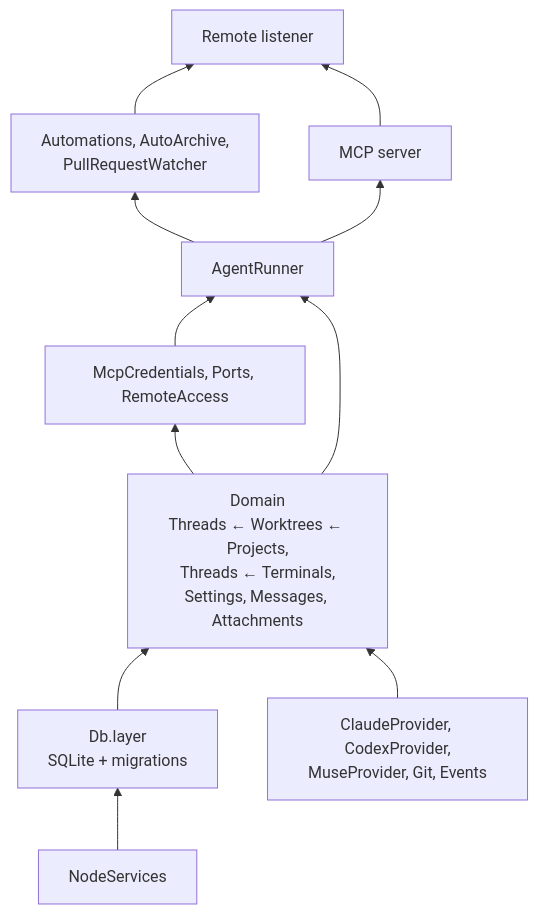
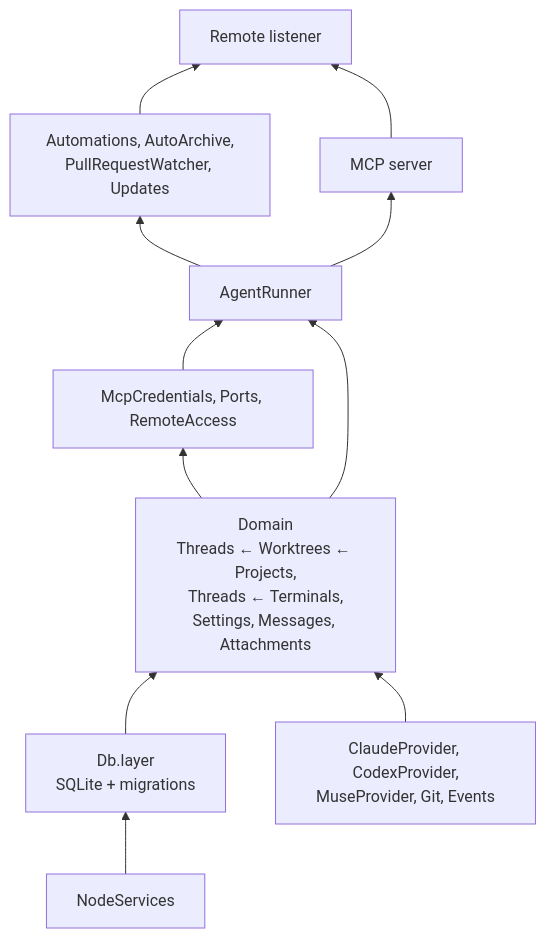
One commit to hinadev-ai/hinacode changed the third of 16 diagrams in docs/arch.md. Above: the diagram before and after it, drawn with Mermaid. The commit also changed other lines of this file and 23 other files, not shown here.

````diff
--- a/docs/arch.md
+++ b/docs/arch.md
@@ -80,20 +80,20 @@
 ```mermaid
 flowchart BT
   node["NodeServices"]
   db["Db.layer<br/>SQLite + migrations"]
   infra["ClaudeProvider, CodexProvider,<br/>MuseProvider, Git, Events"]
   domain["Domain<br/>Threads ← Worktrees ← Projects,<br/>Threads ← Terminals,<br/>Settings, Messages, Attachments"]
   features["McpCredentials, Ports, RemoteAccess"]
   runner["AgentRunner"]
-  autos["Automations, AutoArchive,<br/>PullRequestWatcher"]
+  autos["Automations, AutoArchive,<br/>PullRequestWatcher, Updates"]
   mcp["MCP server"]
   remote["Remote listener"]
 
   node --> db --> domain
   infra --> domain
   domain --> features --> runner
   domain --> runner
   runner --> autos
   runner --> mcp
   autos & mcp --> remote
 ```
````
